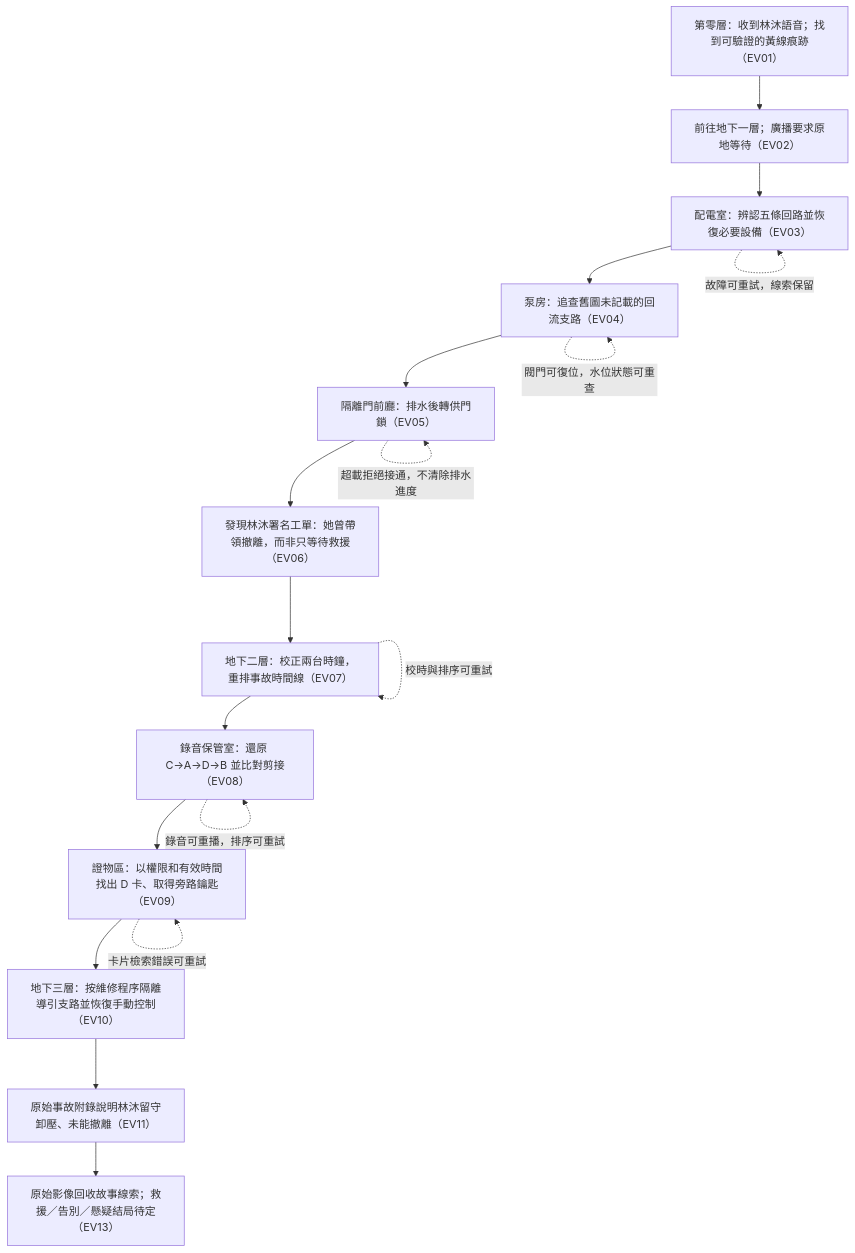
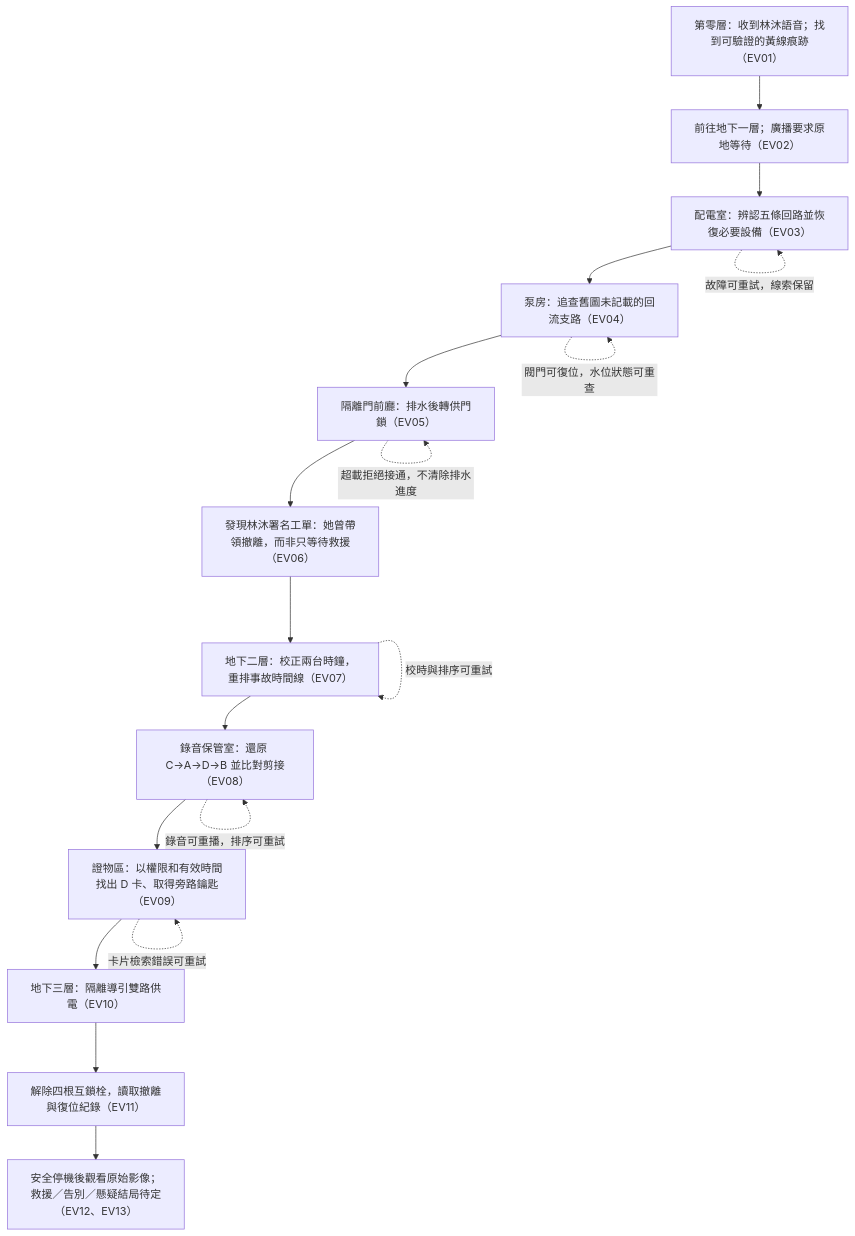
The diagram in docs/Expanded-Story-Plan.md (kevinliao998-bot/EscapeRoom), drawn with Mermaid before and after one commit.

Commit message:
docs: align control-level flow with new puzzles

````diff
--- a/docs/Expanded-Story-Plan.md
+++ b/docs/Expanded-Story-Plan.md
@@ -27,20 +27,20 @@
 ```mermaid
 flowchart TD
   E01["第零層：收到林沐語音；找到可驗證的黃線痕跡（EV01）"] --> E02["前往地下一層；廣播要求原地等待（EV02）"]
   E02 --> E03["配電室：辨認五條回路並恢復必要設備（EV03）"]
   E03 --> E04["泵房：追查舊圖未記載的回流支路（EV04）"]
   E04 --> E05["隔離門前廳：排水後轉供門鎖（EV05）"]
   E05 --> E06["發現林沐署名工單：她曾帶領撤離，而非只等待救援（EV06）"]
   E06 --> E07["地下二層：校正兩台時鐘，重排事故時間線（EV07）"]
   E07 --> E08["錄音保管室：還原 C→A→D→B 並比對剪接（EV08）"]
   E08 --> E09["證物區：以權限和有效時間找出 D 卡、取得旁路鑰匙（EV09）"]
-  E09 --> E10["地下三層：按維修程序隔離導引支路並恢復手動控制（EV10）"]
-  E10 --> E11["原始事故附錄說明林沐留守卸壓、未能撤離（EV11）"]
-  E11 --> E12["原始影像回收故事線索；救援／告別／懸疑結局待定（EV13）"]
+  E09 --> E10["地下三層：隔離導引雙路供電（EV10）"]
+  E10 --> E11["解除四根互鎖栓，讀取撤離與復位紀錄（EV11）"]
+  E11 --> E12["安全停機後觀看原始影像；救援／告別／懸疑結局待定（EV12、EV13）"]
   E03 -. "故障可重試，線索保留" .-> E03
   E04 -. "閥門可復位，水位狀態可重查" .-> E04
   E05 -. "超載拒絕接通，不清除排水進度" .-> E05
   E07 -. "校時與排序可重試" .-> E07
   E08 -. "錄音可重播，排序可重試" .-> E08
   E09 -. "卡片檢索錯誤可重試" .-> E09
 ```
````
